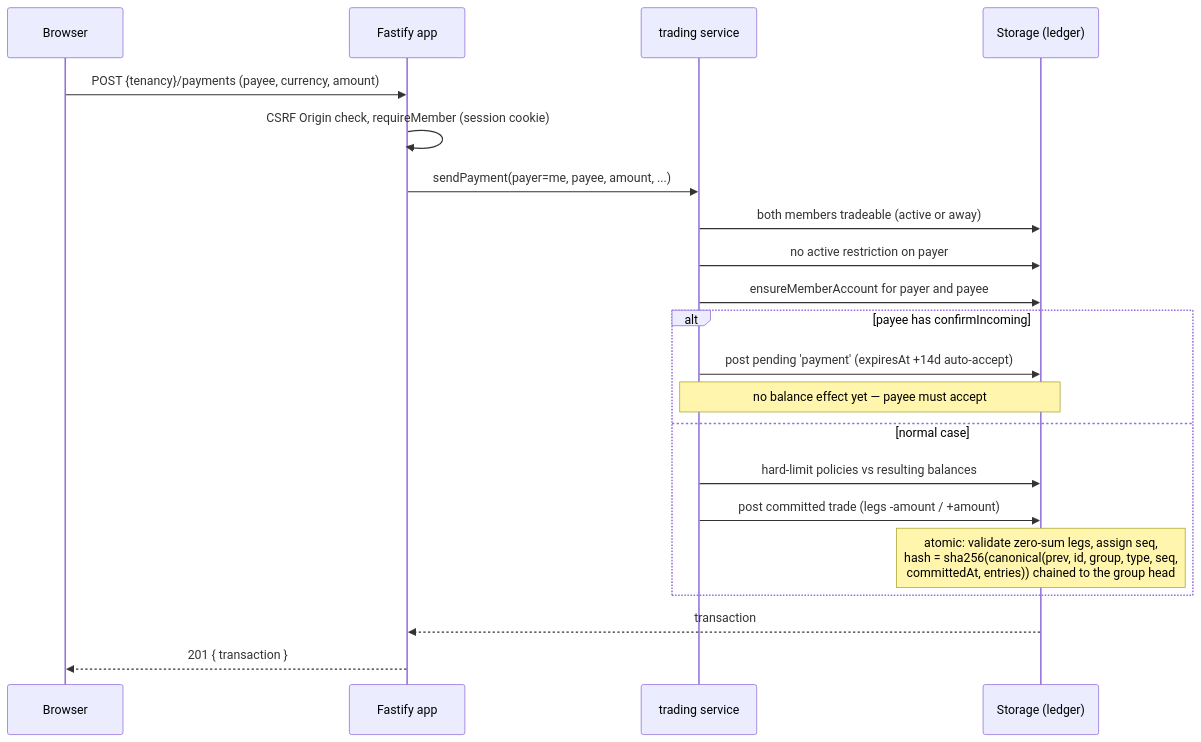
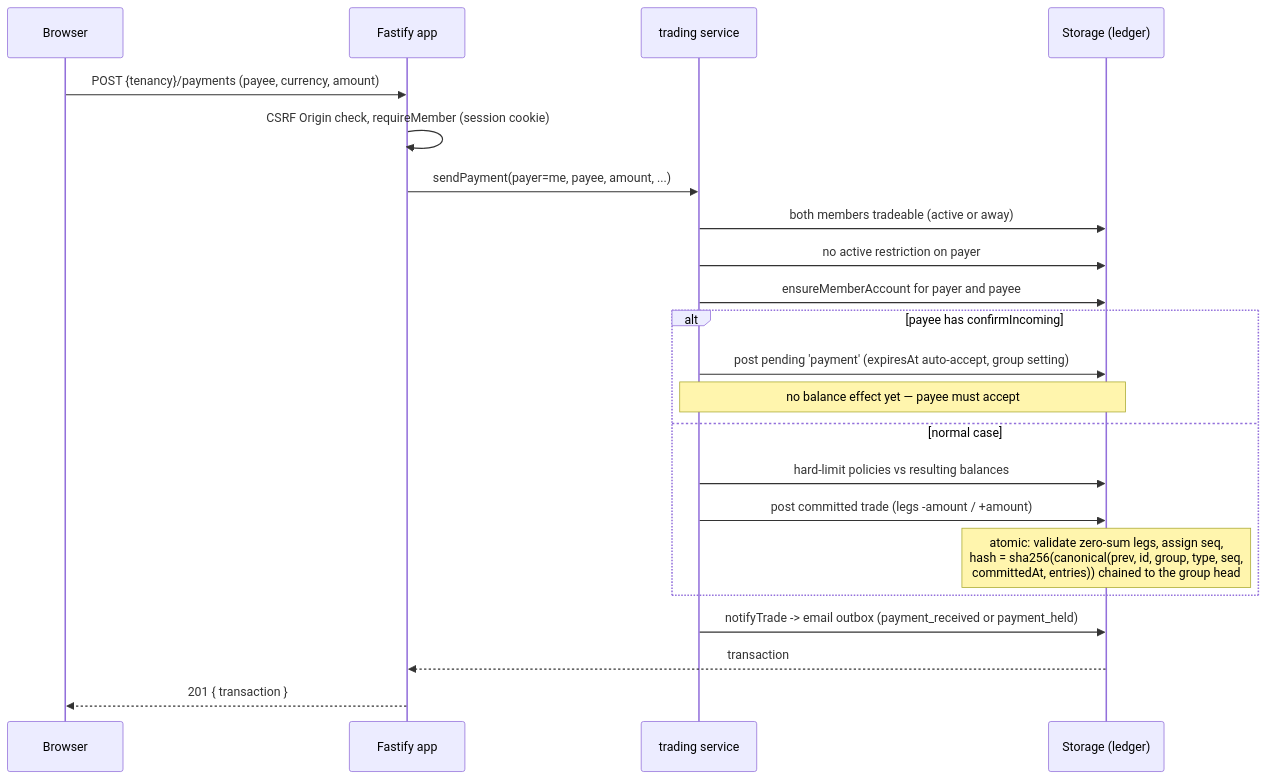
Before and after one commit to sandtreader/silvio: the third of 8 diagrams in server/architecture.md, drawn with Mermaid. The commit also changed other lines of this file and 4 other files, not shown here.

First line of the commit message:
Maintainer bundle: CI test gate before publish, CLAUDE.md conventions, MAINTAINERS.md, architecture.md refresh

````diff
--- a/server/architecture.md
+++ b/server/architecture.md
@@ -131,24 +253,25 @@
 ```mermaid
 sequenceDiagram
   participant B as Browser
   participant API as Fastify app
   participant TR as trading service
   participant S as Storage (ledger)
 
   B->>API: POST {tenancy}/payments (payee, currency, amount)
   API->>API: CSRF Origin check, requireMember (session cookie)
   API->>TR: sendPayment(payer=me, payee, amount, ...)
   TR->>S: both members tradeable (active or away)
   TR->>S: no active restriction on payer
   TR->>S: ensureMemberAccount for payer and payee
   alt payee has confirmIncoming
-    TR->>S: post pending 'payment' (expiresAt +14d auto-accept)
+    TR->>S: post pending 'payment' (expiresAt auto-accept, group setting)
     Note over TR,S: no balance effect yet — payee must accept
   else normal case
     TR->>S: hard-limit policies vs resulting balances
     TR->>S: post committed trade (legs -amount / +amount)
     Note over S: atomic: validate zero-sum legs, assign seq,<br/>hash = sha256(canonical(prev, id, group, type, seq,<br/>committedAt, entries)) chained to the group head
   end
+  TR->>S: notifyTrade -> email outbox (payment_received or payment_held)
   S-->>API: transaction
   API-->>B: 201 { transaction }
 ```
````
